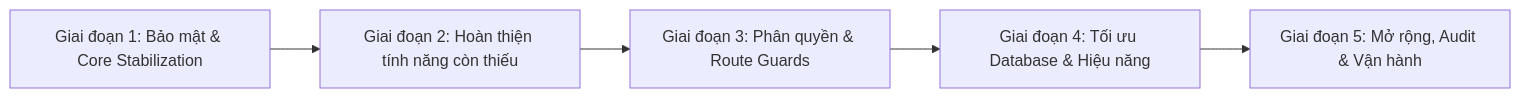
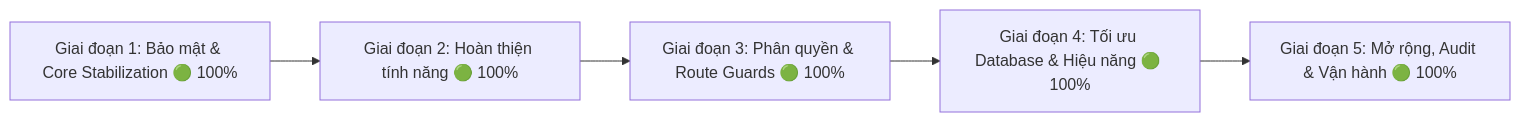
Before and after one commit to dongnguyen1993/HRM: the diagram in PROJECT_AUDIT.md, drawn with Mermaid. The commit also changed other lines of this file and 2 other files, not shown here.

Commit message:
feat: session 07-10-2026 - auto admin seeder, tri-annual periodic password rotation, and audit documentation

````diff
--- a/PROJECT_AUDIT.md
+++ b/PROJECT_AUDIT.md
@@ -404,7 +519,7 @@
 ```mermaid
 graph LR
-    P1[Giai đoạn 1: Bảo mật & Core Stabilization] --> P2[Giai đoạn 2: Hoàn thiện tính năng còn thiếu]
-    P2 --> P3[Giai đoạn 3: Phân quyền & Route Guards]
-    P3 --> P4[Giai đoạn 4: Tối ưu Database & Hiệu năng]
-    P4 --> P5[Giai đoạn 5: Mở rộng, Audit & Vận hành]
+    P1[Giai đoạn 1: Bảo mật & Core Stabilization 🟢 100%] --> P2[Giai đoạn 2: Hoàn thiện tính năng 🟢 100%]
+    P2 --> P3[Giai đoạn 3: Phân quyền & Route Guards 🟢 100%]
+    P3 --> P4[Giai đoạn 4: Tối ưu Database & Hiệu năng 🟢 100%]
+    P4 --> P5[Giai đoạn 5: Mở rộng, Audit & Vận hành 🟢 100%]
 ```
````
